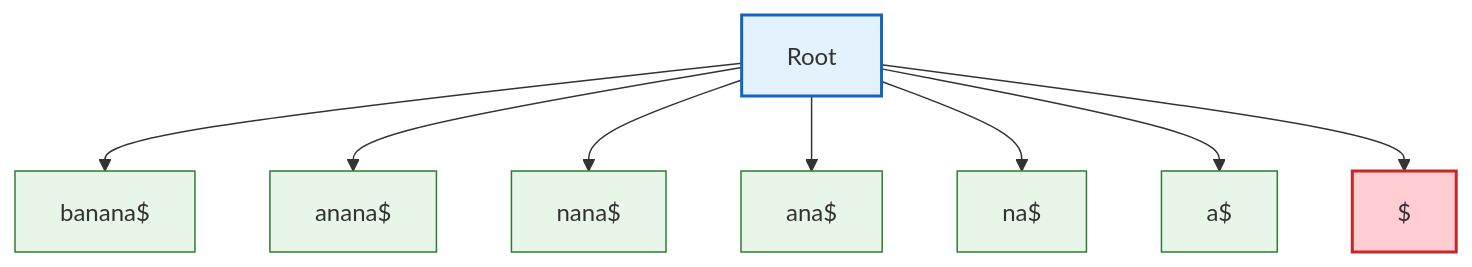
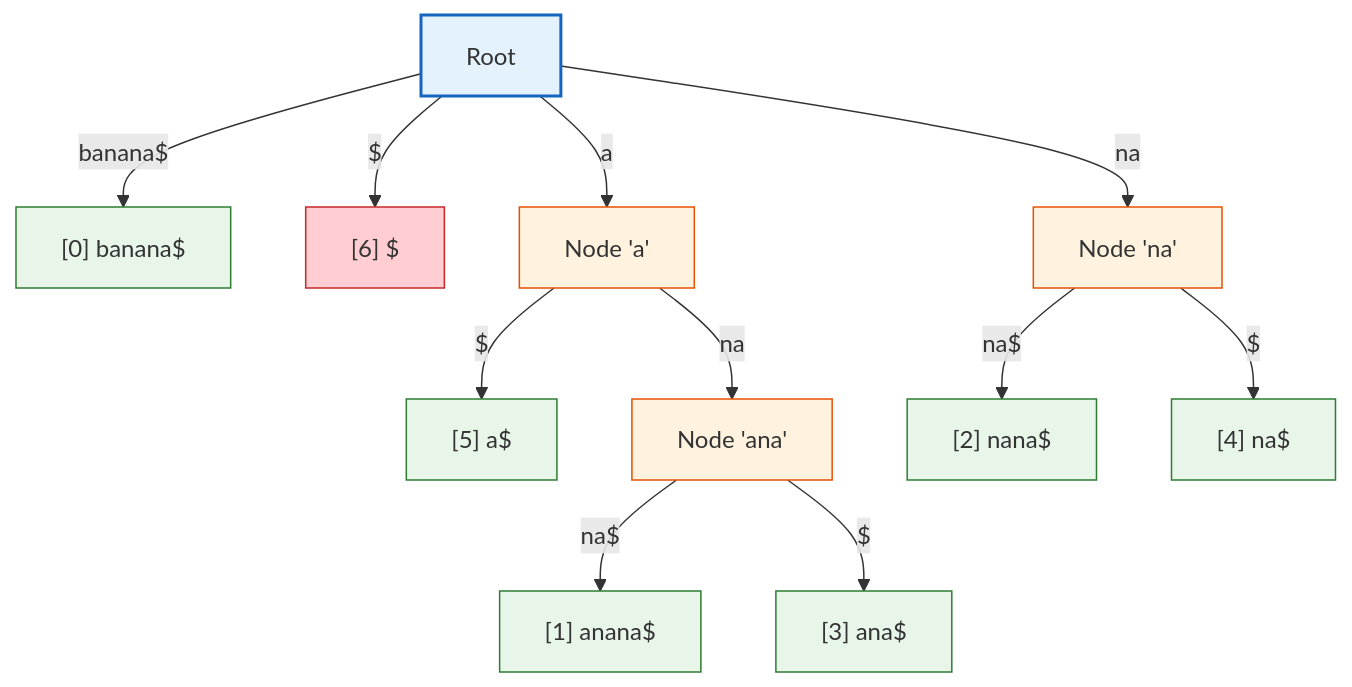
Before and after one commit to imyash0722/SEM3-DSA-UE25CS52A-STUDY-MATERIAL: the third of 4 diagrams in site/docs/unit4/theory/unit4_04_suffix_trees.md, drawn with Mermaid. The commit also changed other lines of this file and 113 other files, not shown here.

Commit message:
Fix Mermaid diagram syntax, dark mode readability, algorithmic visualizations, and update site build

````diff
--- a/site/docs/unit4/theory/unit4_04_suffix_trees.md
+++ b/site/docs/unit4/theory/unit4_04_suffix_trees.md
@@ -87,19 +92,27 @@
 ```mermaid
 graph TD
-    Root[Root] --> Edge1[banana$]
-    Root --> Edge2[anana$]
-    Root --> Edge3[nana$]
-    Root --> Edge4[ana$]
-    Root --> Edge5[na$]
-    Root --> Edge5b[a$]
-    Root --> Edge6[$]
+    Root["Root"] -->|banana$| L0["[0] banana$"]
+    Root -->|$| L6["[6] $"]
+    
+    Root -->|a| NA1["Node 'a'"]
+    NA1 -->|$| L5["[5] a$"]
+    NA1 -->|na| NANA["Node 'ana'"]
+    NANA -->|na$| L1["[1] anana$"]
+    NANA -->|$| L3["[3] ana$"]
+    
+    Root -->|na| NNA["Node 'na'"]
+    NNA -->|na$| L2["[2] nana$"]
+    NNA -->|$| L4["[4] na$"]
     
     style Root fill:#e3f2fd,stroke:#1565c0,stroke-width:2px
-    style Edge1 fill:#e8f5e9,stroke:#2e7d32
-    style Edge2 fill:#e8f5e9,stroke:#2e7d32
-    style Edge3 fill:#e8f5e9,stroke:#2e7d32
-    style Edge4 fill:#e8f5e9,stroke:#2e7d32
-    style Edge5 fill:#e8f5e9,stroke:#2e7d32
-    style Edge5b fill:#e8f5e9,stroke:#2e7d32
-    style Edge6 fill:#ffcdd2,stroke:#c62828,stroke-width:2px
+    style NA1 fill:#fff3e0,stroke:#e65100
+    style NANA fill:#fff3e0,stroke:#e65100
+    style NNA fill:#fff3e0,stroke:#e65100
+    style L0 fill:#e8f5e9,stroke:#2e7d32
+    style L1 fill:#e8f5e9,stroke:#2e7d32
+    style L2 fill:#e8f5e9,stroke:#2e7d32
+    style L3 fill:#e8f5e9,stroke:#2e7d32
+    style L4 fill:#e8f5e9,stroke:#2e7d32
+    style L5 fill:#e8f5e9,stroke:#2e7d32
+    style L6 fill:#ffcdd2,stroke:#c62828
 ```
````
